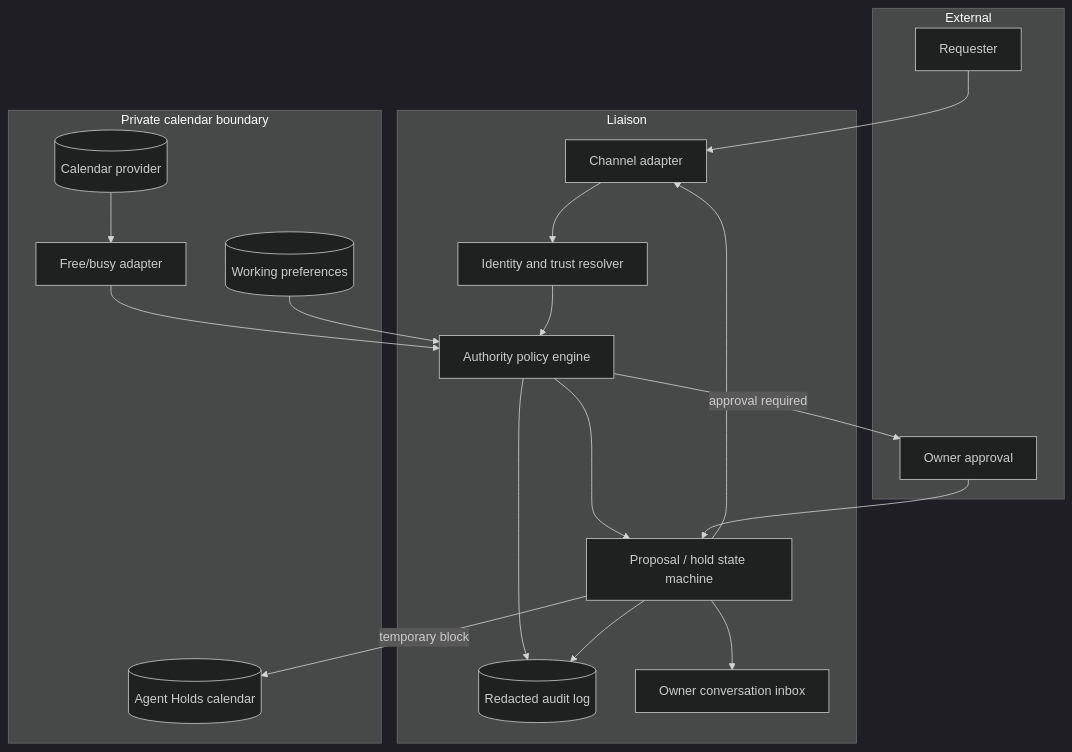
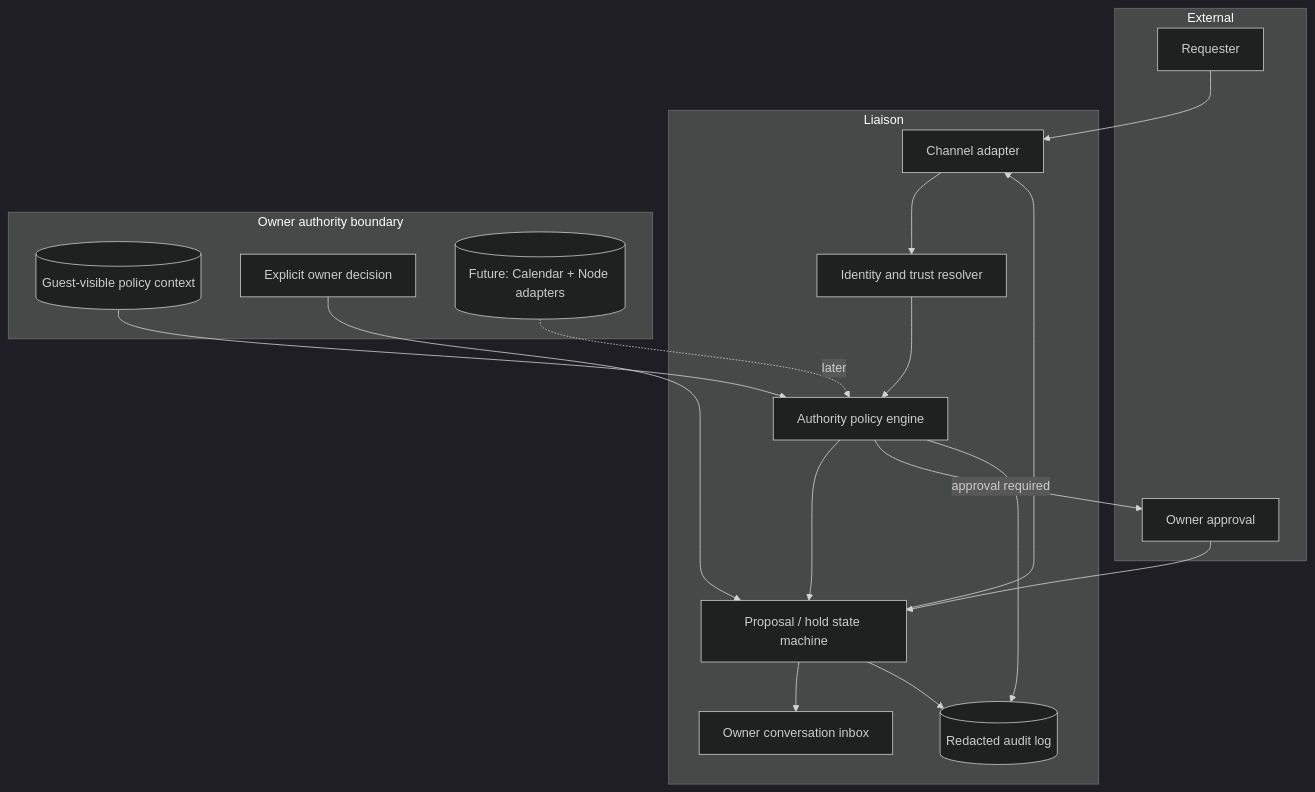
The first of 2 diagrams in docs/ARCHITECTURE.md (simon5530/agent-liaison), drawn with Mermaid (dark theme) before and after one commit. The commit also changed other lines of this file and 13 other files, not shown here.

````diff
--- a/docs/ARCHITECTURE.md
+++ b/docs/ARCHITECTURE.md
@@ -9,34 +10,33 @@
 ```mermaid
 flowchart TB
   subgraph External
     User[Requester]
     Owner[Owner approval]
   end
 
   subgraph Liaison
     Channel[Channel adapter]
     Identity[Identity and trust resolver]
     Policy[Authority policy engine]
     State[Proposal / hold state machine]
     Audit[(Redacted audit log)]
     Inbox[Owner conversation inbox]
   end
 
-  subgraph PrivateBoundary[Private calendar boundary]
-    FreeBusy[Free/busy adapter]
-    Preferences[(Working preferences)]
-    Calendar[(Calendar provider)]
-    Holds[(Agent Holds calendar)]
+  subgraph PrivateBoundary[Owner authority boundary]
+    Preferences[(Guest-visible policy context)]
+    Decision[Explicit owner decision]
+    Future[(Future: Calendar + Node adapters)]
   end
 
   User --> Channel --> Identity --> Policy
-  Calendar --> FreeBusy --> Policy
   Preferences --> Policy
   Policy --> State --> Channel
   Policy -->|approval required| Owner
   Owner --> State
   State --> Inbox
-  State -->|temporary block| Holds
+  Decision --> State
+  Future -. later .-> Policy
   Policy --> Audit
   State --> Audit
 ```
````
